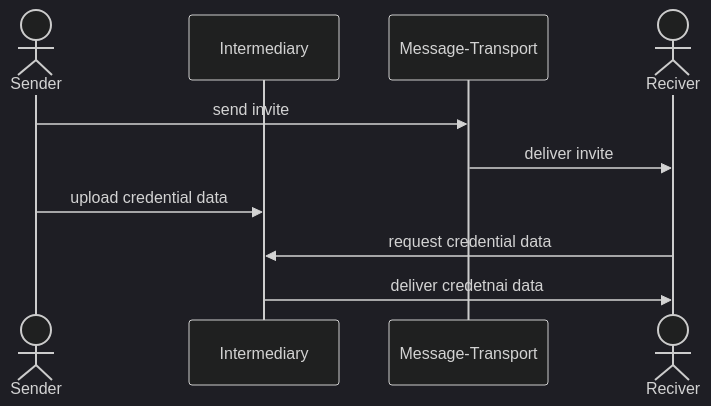
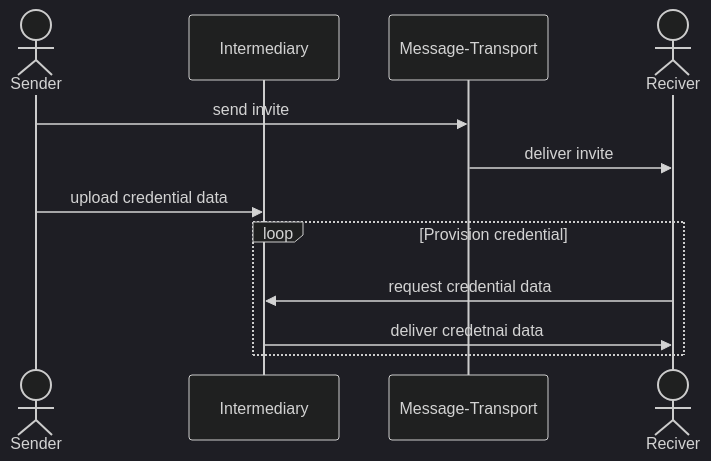
The diagram in draft-tigress-requirements.md (dimmyvi/tigress-requirements), drawn with Mermaid (dark theme) before and after one commit.

````diff
--- a/draft-tigress-requirements.md
+++ b/draft-tigress-requirements.md
@@ -134,12 +134,14 @@
 ```mermaid
 sequenceDiagram
     actor S as Sender
     participant I as Intermediary
     participant M as Message-Transport
     actor R as Reciver
     S ->> M : send invite
     M ->> R : deliver invite
     S ->> I : upload credential data
-    R ->> I : request credential data
-    I ->> R : deliver credetnai data
+    Loop Provision credential
+      R ->> I : request credential data
+      I ->> R : deliver credetnai data
+    end
 ```
````
